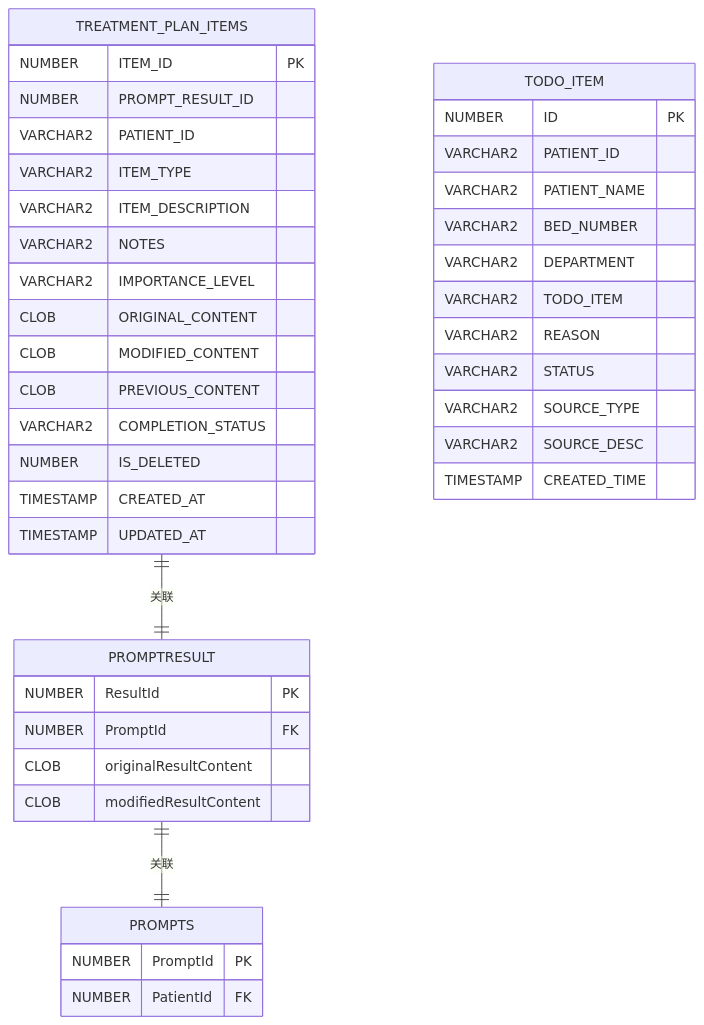
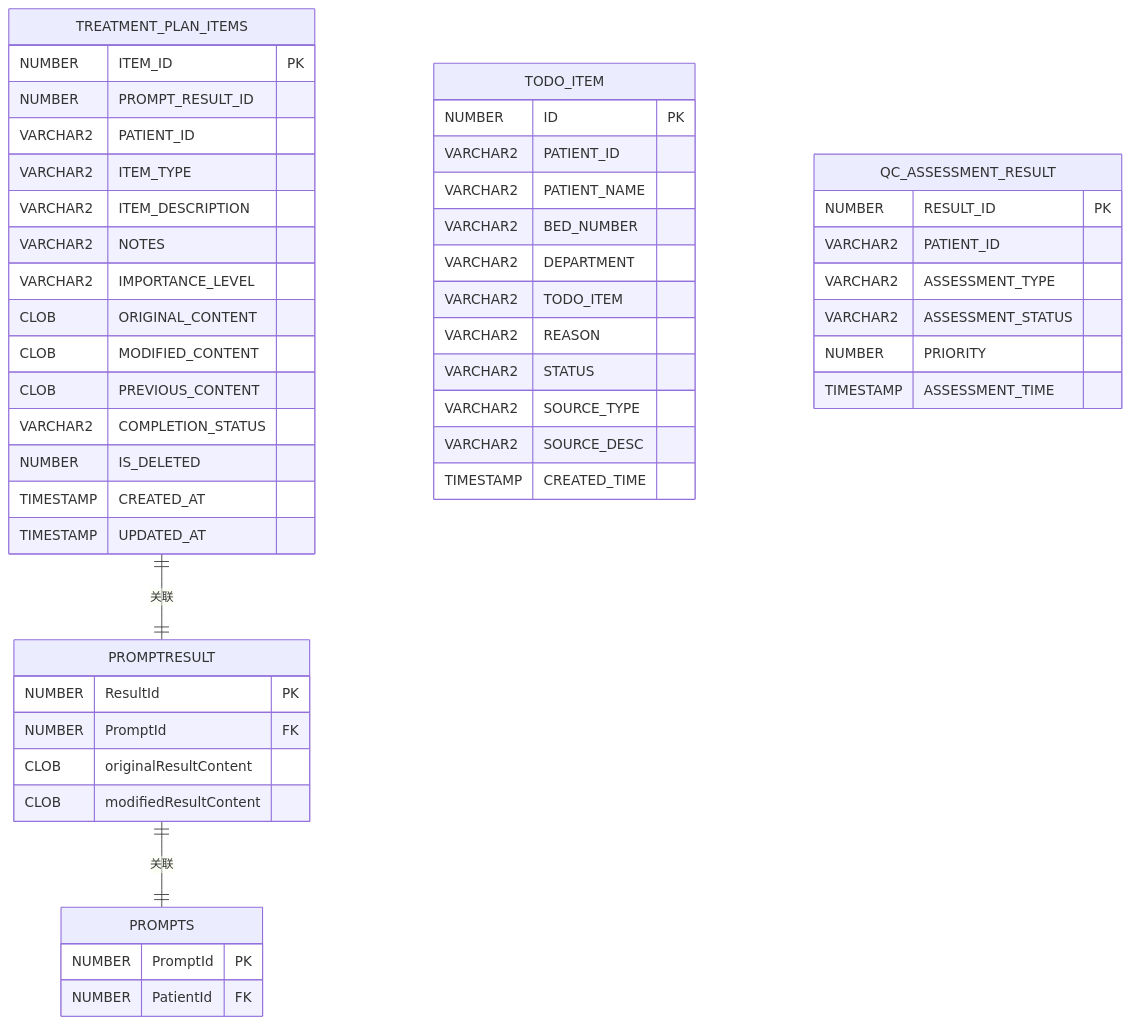
One commit to liuzh2008/med_ai_assistant_workspace changed the fourth of 7 diagrams in .qoder/repowiki/zh/content/核心功能模块/治疗计划表格功能增强.md. Above: the diagram before and after it, drawn with Mermaid. The commit also changed other lines of this file and 4 other files, not shown here.

````diff
--- a/.qoder/repowiki/zh/content/核心功能模块/治疗计划表格功能增强.md
+++ b/.qoder/repowiki/zh/content/核心功能模块/治疗计划表格功能增强.md
@@ -284,44 +306,52 @@
 ```mermaid
 erDiagram
 TREATMENT_PLAN_ITEMS {
 NUMBER ITEM_ID PK
 NUMBER PROMPT_RESULT_ID
 VARCHAR2 PATIENT_ID
 VARCHAR2 ITEM_TYPE
 VARCHAR2 ITEM_DESCRIPTION
 VARCHAR2 NOTES
 VARCHAR2 IMPORTANCE_LEVEL
 CLOB ORIGINAL_CONTENT
 CLOB MODIFIED_CONTENT
 CLOB PREVIOUS_CONTENT
 VARCHAR2 COMPLETION_STATUS
 NUMBER IS_DELETED
 TIMESTAMP CREATED_AT
 TIMESTAMP UPDATED_AT
 }
 PROMPTRESULT {
 NUMBER ResultId PK
 NUMBER PromptId FK
 CLOB originalResultContent
 CLOB modifiedResultContent
 }
 PROMPTS {
 NUMBER PromptId PK
 NUMBER PatientId FK
 }
 TODO_ITEM {
 NUMBER ID PK
 VARCHAR2 PATIENT_ID
 VARCHAR2 PATIENT_NAME
 VARCHAR2 BED_NUMBER
 VARCHAR2 DEPARTMENT
 VARCHAR2 TODO_ITEM
 VARCHAR2 REASON
 VARCHAR2 STATUS
 VARCHAR2 SOURCE_TYPE
 VARCHAR2 SOURCE_DESC
 TIMESTAMP CREATED_TIME
 }
+QC_ASSESSMENT_RESULT {
+NUMBER RESULT_ID PK
+VARCHAR2 PATIENT_ID
+VARCHAR2 ASSESSMENT_TYPE
+VARCHAR2 ASSESSMENT_STATUS
+NUMBER PRIORITY
+TIMESTAMP ASSESSMENT_TIME
+}
 TREATMENT_PLAN_ITEMS ||--|| PROMPTRESULT : "关联"
 PROMPTRESULT ||--|| PROMPTS : "关联"
 ```
````
